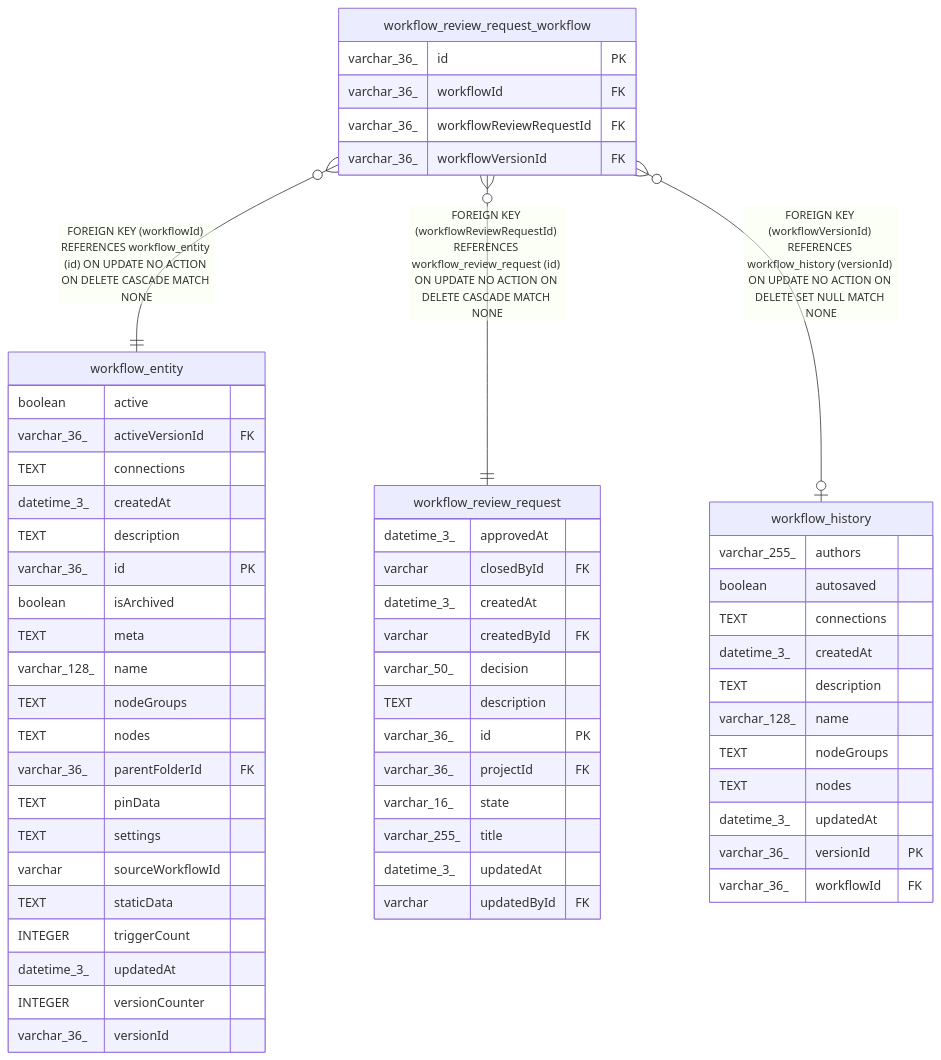
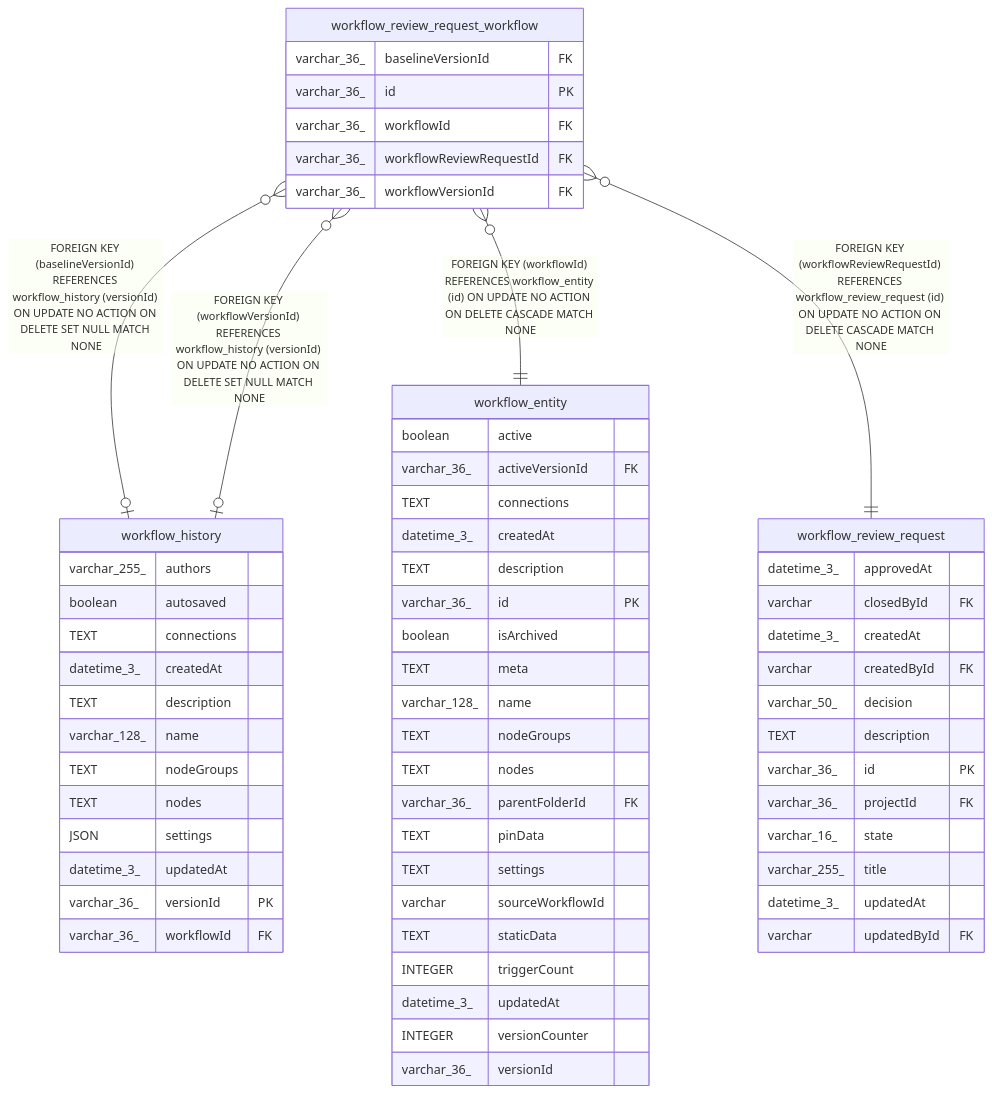
Before and after one commit to koreatest12/studys: the diagram in n8n_integration/n8n_source/docs/generated/sqlite-schema/workflow_review_request_workflow.md, drawn with Mermaid. The commit also changed other lines of this file and 23019 other files, not shown here.

````diff
--- a/n8n_integration/n8n_source/docs/generated/sqlite-schema/workflow_review_request_workflow.md
+++ b/n8n_integration/n8n_source/docs/generated/sqlite-schema/workflow_review_request_workflow.md
@@ -43,63 +45,66 @@
 ```mermaid
 erDiagram
 
+"workflow_review_request_workflow" }o--o| "workflow_history" : "FOREIGN KEY (baselineVersionId) REFERENCES workflow_history (versionId) ON UPDATE NO ACTION ON DELETE SET NULL MATCH NONE"
 "workflow_review_request_workflow" }o--|| "workflow_entity" : "FOREIGN KEY (workflowId) REFERENCES workflow_entity (id) ON UPDATE NO ACTION ON DELETE CASCADE MATCH NONE"
 "workflow_review_request_workflow" }o--|| "workflow_review_request" : "FOREIGN KEY (workflowReviewRequestId) REFERENCES workflow_review_request (id) ON UPDATE NO ACTION ON DELETE CASCADE MATCH NONE"
 "workflow_review_request_workflow" }o--o| "workflow_history" : "FOREIGN KEY (workflowVersionId) REFERENCES workflow_history (versionId) ON UPDATE NO ACTION ON DELETE SET NULL MATCH NONE"
 
 "workflow_review_request_workflow" {
+  varchar_36_ baselineVersionId FK
   varchar_36_ id PK
   varchar_36_ workflowId FK
   varchar_36_ workflowReviewRequestId FK
   varchar_36_ workflowVersionId FK
+}
+"workflow_history" {
+  varchar_255_ authors
+  boolean autosaved
+  TEXT connections
+  datetime_3_ createdAt
+  TEXT description
+  varchar_128_ name
+  TEXT nodeGroups
+  TEXT nodes
+  JSON settings
+  datetime_3_ updatedAt
+  varchar_36_ versionId PK
+  varchar_36_ workflowId FK
 }
 "workflow_entity" {
   boolean active
   varchar_36_ activeVersionId FK
   TEXT connections
   datetime_3_ createdAt
   TEXT description
   varchar_36_ id PK
   boolean isArchived
   TEXT meta
   varchar_128_ name
   TEXT nodeGroups
   TEXT nodes
   varchar_36_ parentFolderId FK
   TEXT pinData
   TEXT settings
   varchar sourceWorkflowId
   TEXT staticData
   INTEGER triggerCount
   datetime_3_ updatedAt
   INTEGER versionCounter
   varchar_36_ versionId
 }
 "workflow_review_request" {
   datetime_3_ approvedAt
   varchar closedById FK
   datetime_3_ createdAt
   varchar createdById FK
   varchar_50_ decision
   TEXT description
   varchar_36_ id PK
   varchar_36_ projectId FK
   varchar_16_ state
   varchar_255_ title
   datetime_3_ updatedAt
   varchar updatedById FK
 }
-"workflow_history" {
-  varchar_255_ authors
-  boolean autosaved
-  TEXT connections
-  datetime_3_ createdAt
-  TEXT description
-  varchar_128_ name
-  TEXT nodeGroups
-  TEXT nodes
-  datetime_3_ updatedAt
-  varchar_36_ versionId PK
-  varchar_36_ workflowId FK
-}
 ```
````
